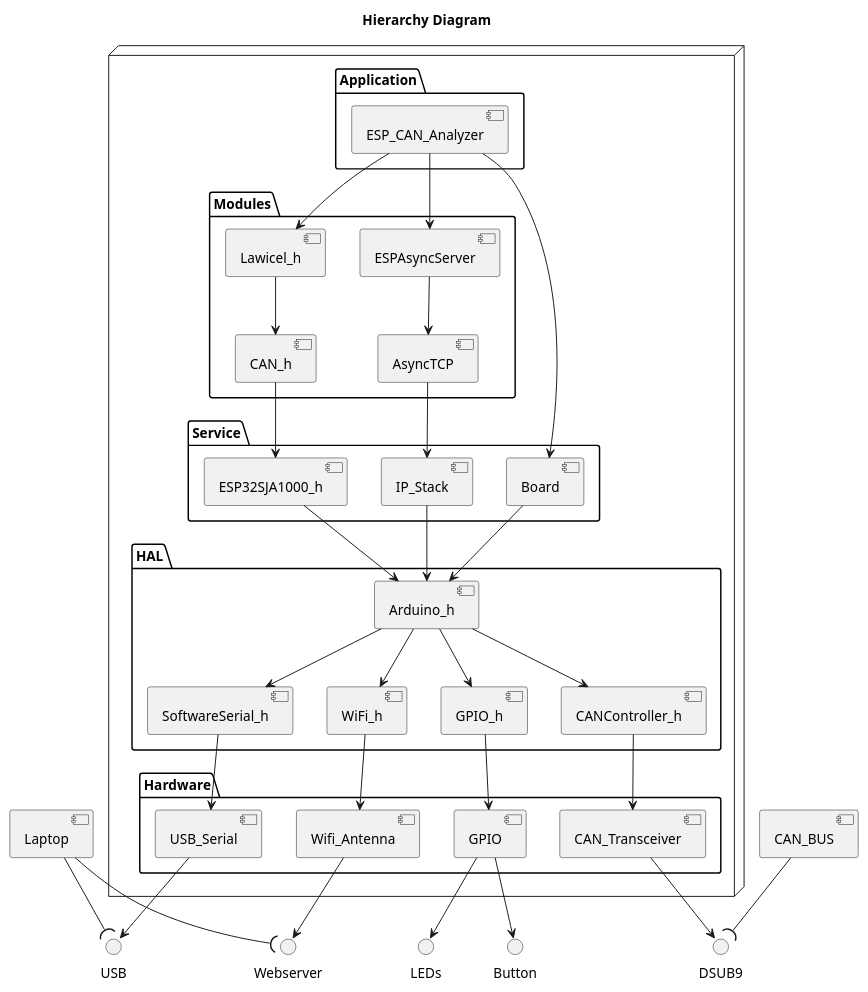
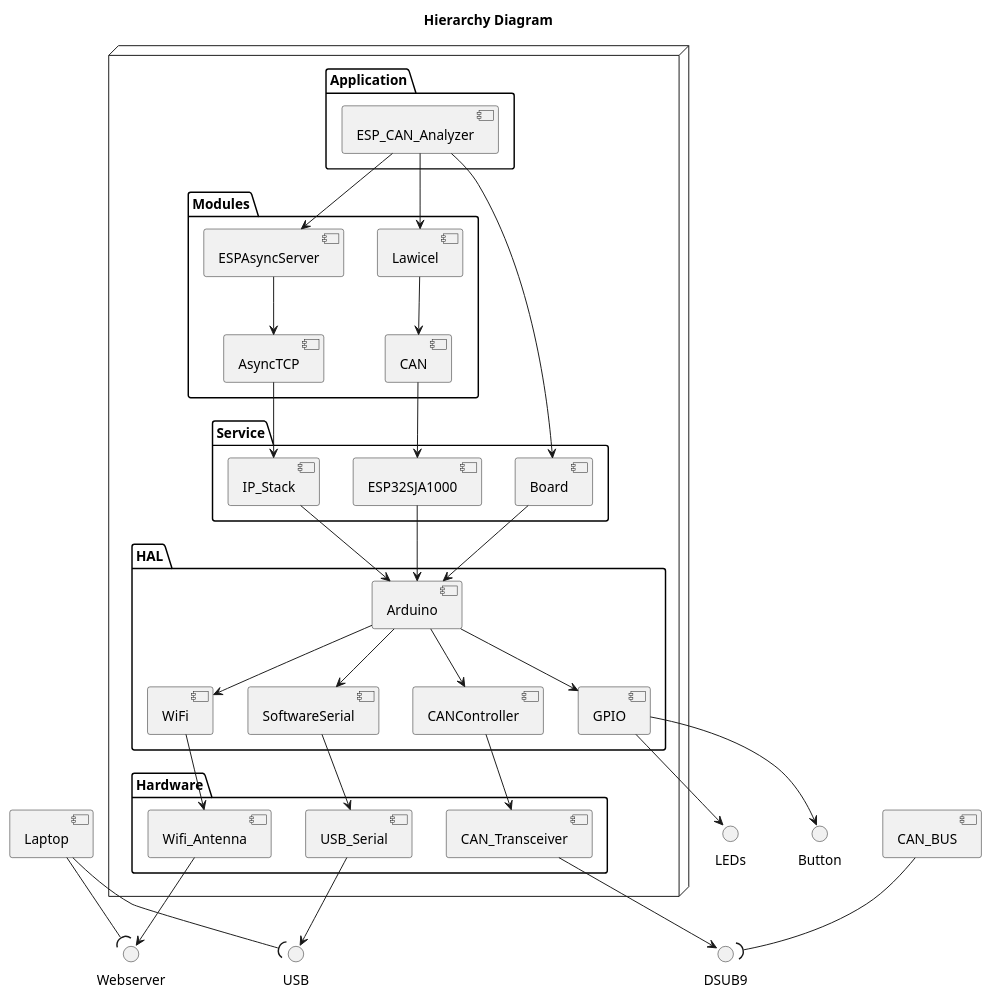
One commit to NewTec-GmbH/esp32-can-iot changed the diagram in Coding/fw/doc/design/FW_Hierarchy.plantuml. Above: the diagram before and after it, drawn with PlantUML.

Commit message:
Deleter unnecesary _h in Class diagram

```diff
--- a/Coding/fw/doc/design/FW_Hierarchy.plantuml
+++ b/Coding/fw/doc/design/FW_Hierarchy.plantuml
@@ -1,83 +1,82 @@
 @startuml
 
 title Hierarchy Diagram
 
 node {
     package Application{
         component ESP_CAN_Analyzer as ESP_CAN
     }
 
     package Modules{
         component ESPAsyncServer
-        component Lawicel_h
-        component CAN_h
+        component Lawicel
+        component CAN
         component AsyncTCP
     }
 
     package Service{
         component IP_Stack
-        component ESP32SJA1000_h
+        component ESP32SJA1000
         component Board
     }
 
 
 
     package HAL {
-        component Arduino_h
-        component SoftwareSerial_h
-        component WiFi_h
-        component GPIO_h
-        component CANController_h
+        component Arduino
+        component SoftwareSerial
+        component WiFi
+        component GPIO
+        component CANController
     }
     package Hardware{
         component USB_Serial
         component GPIO
         component Wifi_Antenna
         component CAN_Transceiver
     }
 }
 interface Webserver
 interface USB
 interface DSUB9
 interface Button
 interface LEDs
 component Laptop
 component CAN_BUS
 
 
 USB_Serial --> USB
 GPIO --> Button
 GPIO --> LEDs
 Wifi_Antenna --> Webserver
 CAN_Transceiver --> DSUB9
 Laptop --( Webserver
 Laptop --( USB
 CAN_BUS --( DSUB9
 
 
-Arduino_h --> SoftwareSerial_h
-Arduino_h --> WiFi_h
-Arduino_h --> GPIO_h
+Arduino --> SoftwareSerial
+Arduino --> WiFi
+Arduino --> GPIO
 
-SoftwareSerial_h --> USB_Serial
-WiFi_h --> Wifi_Antenna
-GPIO_h --> GPIO
+SoftwareSerial --> USB_Serial
+WiFi --> Wifi_Antenna
 
-Lawicel_h --> CAN_h
-IP_Stack --> Arduino_h
-CANController_h --> CAN_Transceiver
+Lawicel --> CAN
+IP_Stack --> Arduino
+CANController --> CAN_Transceiver
 
 ESPAsyncServer --> AsyncTCP
 AsyncTCP --> IP_Stack
-Arduino_h --> CANController_h
-ESP32SJA1000_h --> Arduino_h
+Arduino --> CANController
+ESP32SJA1000 --> Arduino
 
-CAN_h --> ESP32SJA1000_h
-Board --> Arduino_h
+CAN --> ESP32SJA1000
+Board --> Arduino
 ESP_CAN --> Board
 
-ESP_CAN --> Lawicel_h
+ESP_CAN --> Lawicel
 ESP_CAN --> ESPAsyncServer
 
 
 @enduml
```
